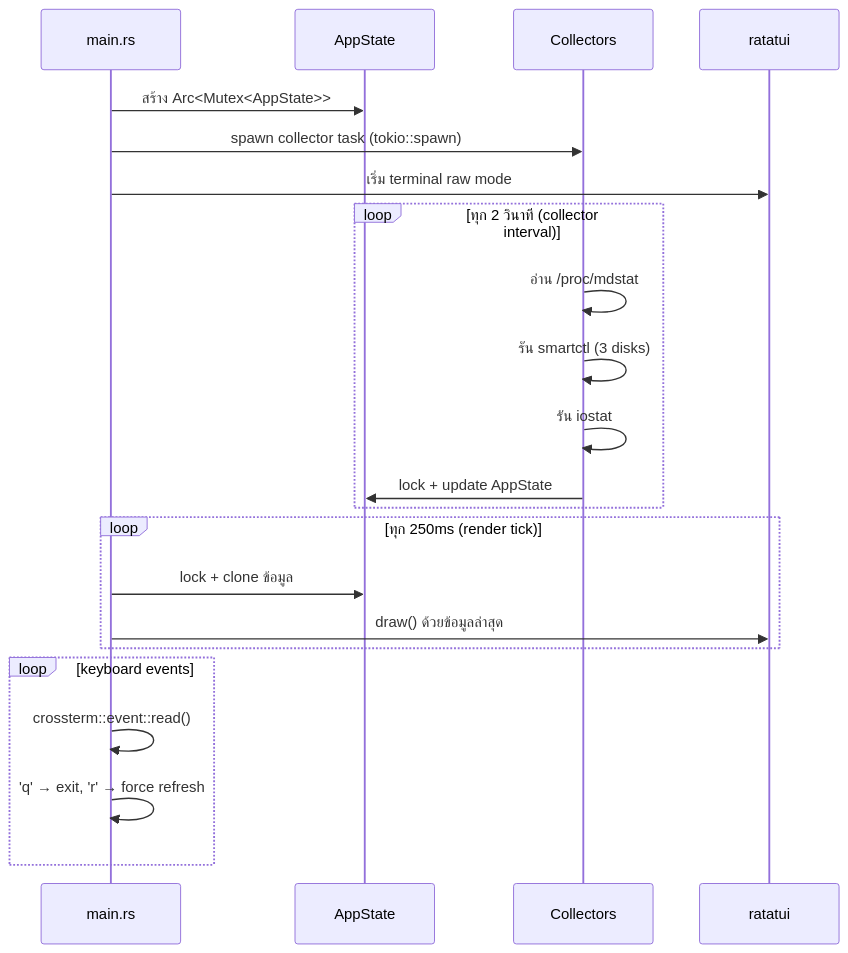
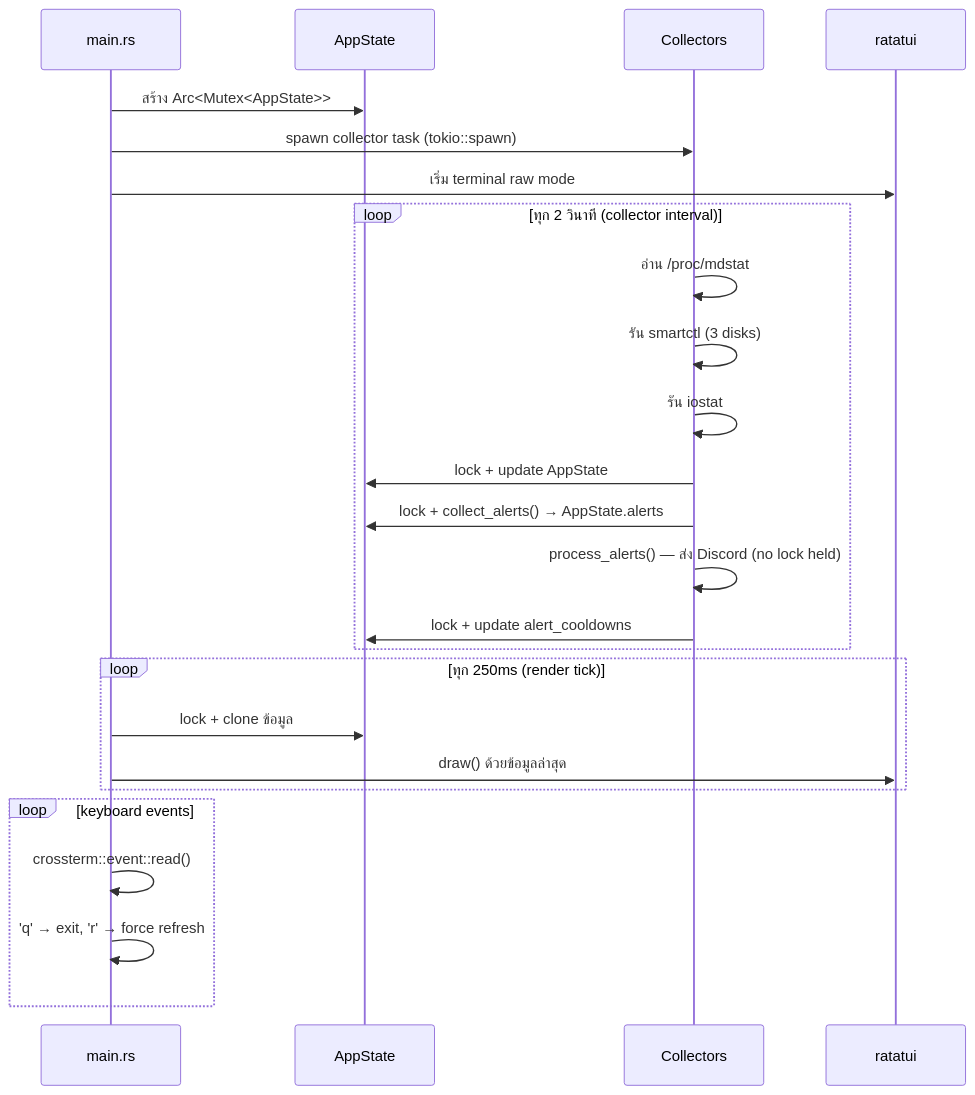
The second of 2 diagrams in docs/software/00-architecture.md (Gongpai/vault-watch), drawn with Mermaid before and after one commit. The commit also changed other lines of this file and 18 other files, not shown here.

Commit message:
feat: implement Sprint 03 — SMART alerts, temp WARN, Discord webhook

````diff
--- a/docs/software/00-architecture.md
+++ b/docs/software/00-architecture.md
@@ -92,28 +107,31 @@
 ```mermaid
 sequenceDiagram
     participant Main as main.rs
     participant App as AppState
     participant Col as Collectors
     participant UI as ratatui
 
     Main->>App: สร้าง Arc<Mutex<AppState>>
     Main->>Col: spawn collector task (tokio::spawn)
     Main->>UI: เริ่ม terminal raw mode
 
     loop ทุก 2 วินาที (collector interval)
         Col->>Col: อ่าน /proc/mdstat
         Col->>Col: รัน smartctl (3 disks)
         Col->>Col: รัน iostat
         Col->>App: lock + update AppState
+        Col->>App: lock + collect_alerts() → AppState.alerts
+        Col->>Col: process_alerts() — ส่ง Discord (no lock held)
+        Col->>App: lock + update alert_cooldowns
     end
 
     loop ทุก 250ms (render tick)
         Main->>App: lock + clone ข้อมูล
         Main->>UI: draw() ด้วยข้อมูลล่าสุด
     end
 
     loop keyboard events
         Main->>Main: crossterm::event::read()
         Main->>Main: 'q' → exit, 'r' → force refresh
     end
 ```
````
